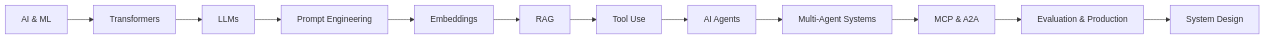
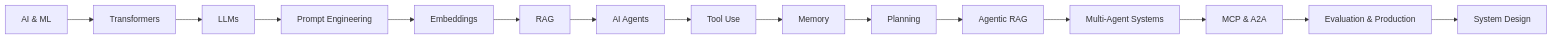
One commit to gitanjaligilhotra1-lab/GenAI-AgenticAI changed the diagram in README.md. Above: the diagram before and after it, drawn with Mermaid. The commit also changed other lines of this file, not shown here.

Commit message:
docs: synchronize root learning journey and navigation

````diff
--- a/README.md
+++ b/README.md
@@ -20,14 +20,17 @@
 ```mermaid
 flowchart LR
     A[AI & ML] --> B[Transformers]
     B --> C[LLMs]
     C --> D[Prompt Engineering]
     D --> E[Embeddings]
     E --> F[RAG]
-    F --> G[Tool Use]
-    G --> H[AI Agents]
-    H --> I[Multi-Agent Systems]
-    I --> J[MCP & A2A]
-    J --> K[Evaluation & Production]
-    K --> L[System Design]
+    F --> G[AI Agents]
+    G --> H[Tool Use]
+    H --> I[Memory]
+    I --> J[Planning]
+    J --> K[Agentic RAG]
+    K --> L[Multi-Agent Systems]
+    L --> M[MCP & A2A]
+    M --> N[Evaluation & Production]
+    N --> O[System Design]
 ```
````
